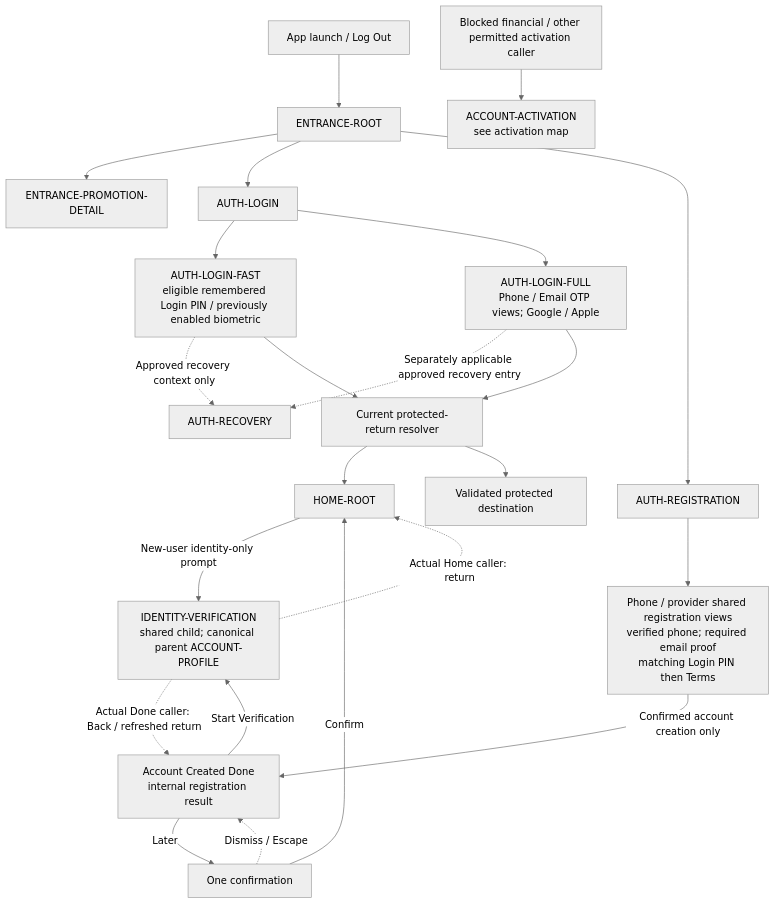
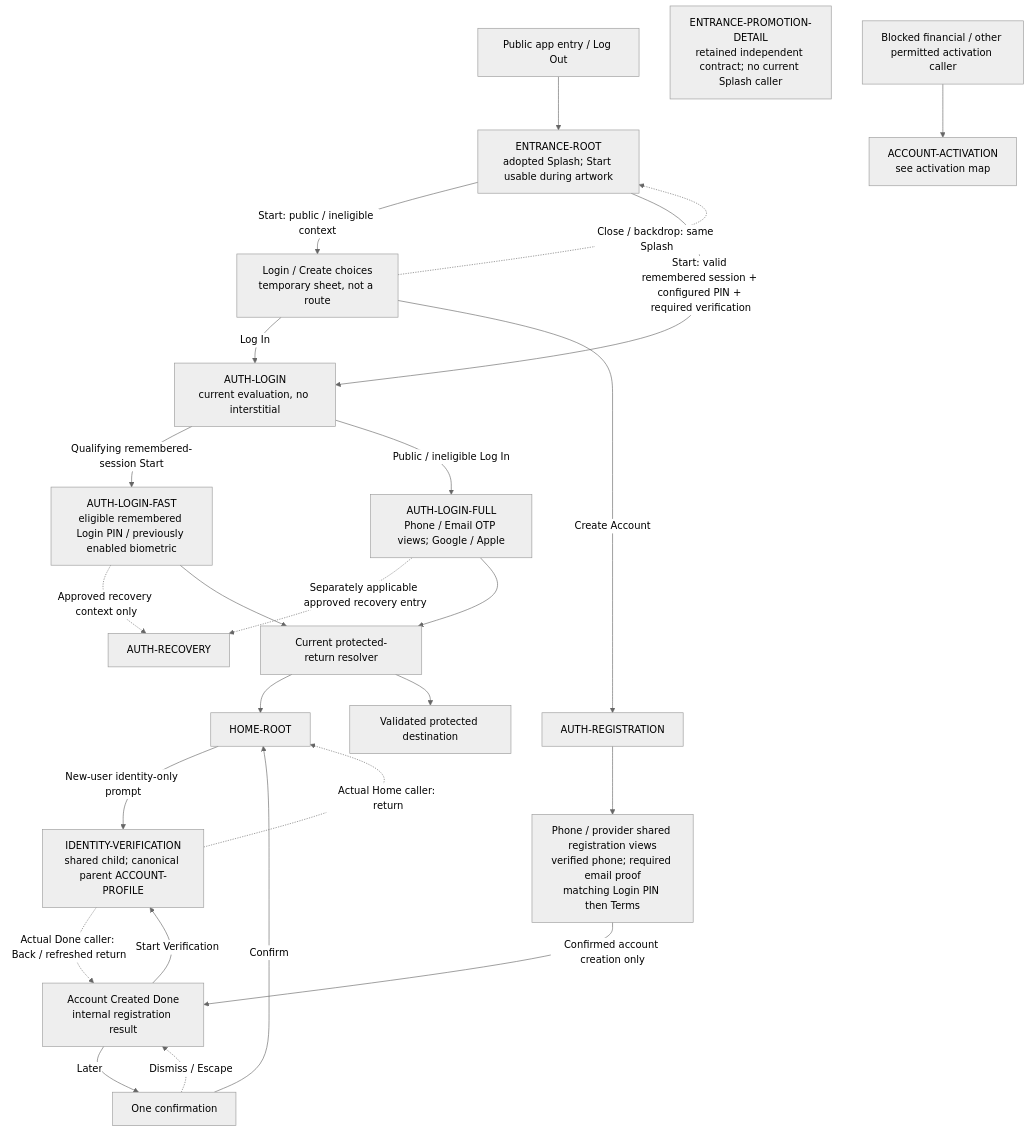
The diagram in docs/diagrams/routes/payplus-authentication-route-map.md (adminpayplus/payplus-docs), drawn with Mermaid (neutral theme) before and after one commit. The commit also changed other lines of this file and 9 other files, not shown here.

Commit message:
docs: restore adopted Splash entrance

````diff
--- a/docs/diagrams/routes/payplus-authentication-route-map.md
+++ b/docs/diagrams/routes/payplus-authentication-route-map.md
@@ -10,25 +10,28 @@
 ```mermaid
 flowchart TD
-  LAUNCH["App launch / Log Out"] --> ENTRANCE["ENTRANCE-ROOT"]
-  ENTRANCE --> PROMOTION["ENTRANCE-PROMOTION-DETAIL"]
-  ENTRANCE --> LOGIN["AUTH-LOGIN"]
-  ENTRANCE --> REGISTRATION["AUTH-REGISTRATION"]
-  LOGIN --> FAST["AUTH-LOGIN-FAST<br/>eligible remembered Login PIN / previously enabled biometric"]
-  LOGIN --> FULL["AUTH-LOGIN-FULL<br/>Phone / Email OTP views; Google / Apple"]
+  LAUNCH["Public app entry / Log Out"] --> ENTRANCE["ENTRANCE-ROOT<br/>adopted Splash; Start usable during artwork"]
+  ENTRANCE -->|"Start: public / ineligible context"| CHOICES["Login / Create choices<br/>temporary sheet, not a route"]
+  CHOICES -. "Close / backdrop: same Splash" .-> ENTRANCE
+  CHOICES -->|"Log In"| LOGIN["AUTH-LOGIN<br/>current evaluation, no interstitial"]
+  CHOICES -->|"Create Account"| REGISTRATION["AUTH-REGISTRATION"]
+  ENTRANCE -->|"Start: valid remembered session + configured PIN + required verification"| LOGIN
+  LOGIN -->|"Qualifying remembered-session Start"| FAST["AUTH-LOGIN-FAST<br/>eligible remembered Login PIN / previously enabled biometric"]
+  LOGIN -->|"Public / ineligible Log In"| FULL["AUTH-LOGIN-FULL<br/>Phone / Email OTP views; Google / Apple"]
+  PROMOTION["ENTRANCE-PROMOTION-DETAIL<br/>retained independent contract; no current Splash caller"]
   FAST -. "Approved recovery context only" .-> RECOVERY["AUTH-RECOVERY"]
   FULL -. "Separately applicable approved recovery entry" .-> RECOVERY
   FAST --> RETURN["Current protected-return resolver"]
   FULL --> RETURN
   RETURN --> HOME["HOME-ROOT"]
   RETURN --> TARGET["Validated protected destination"]
   REGISTRATION --> REGCHECKS["Phone / provider shared registration views<br/>verified phone; required email proof<br/>matching Login PIN then Terms"]
   REGCHECKS -->|"Confirmed account creation only"| DONE["Account Created Done<br/>internal registration result"]
   DONE -->|"Start Verification"| IDENTITY["IDENTITY-VERIFICATION<br/>shared child; canonical parent ACCOUNT-PROFILE"]
   IDENTITY -. "Actual Done caller: Back / refreshed return" .-> DONE
   DONE -->|"Later"| LATER["One confirmation"]
   LATER -->|"Confirm"| HOME
   LATER -. "Dismiss / Escape" .-> DONE
   HOME -->|"New-user identity-only prompt"| IDENTITY
   IDENTITY -. "Actual Home caller: return" .-> HOME
   PROTECTED["Blocked financial / other permitted activation caller"] --> ACTIVATION["ACCOUNT-ACTIVATION<br/>see activation map"]
 ```
````
